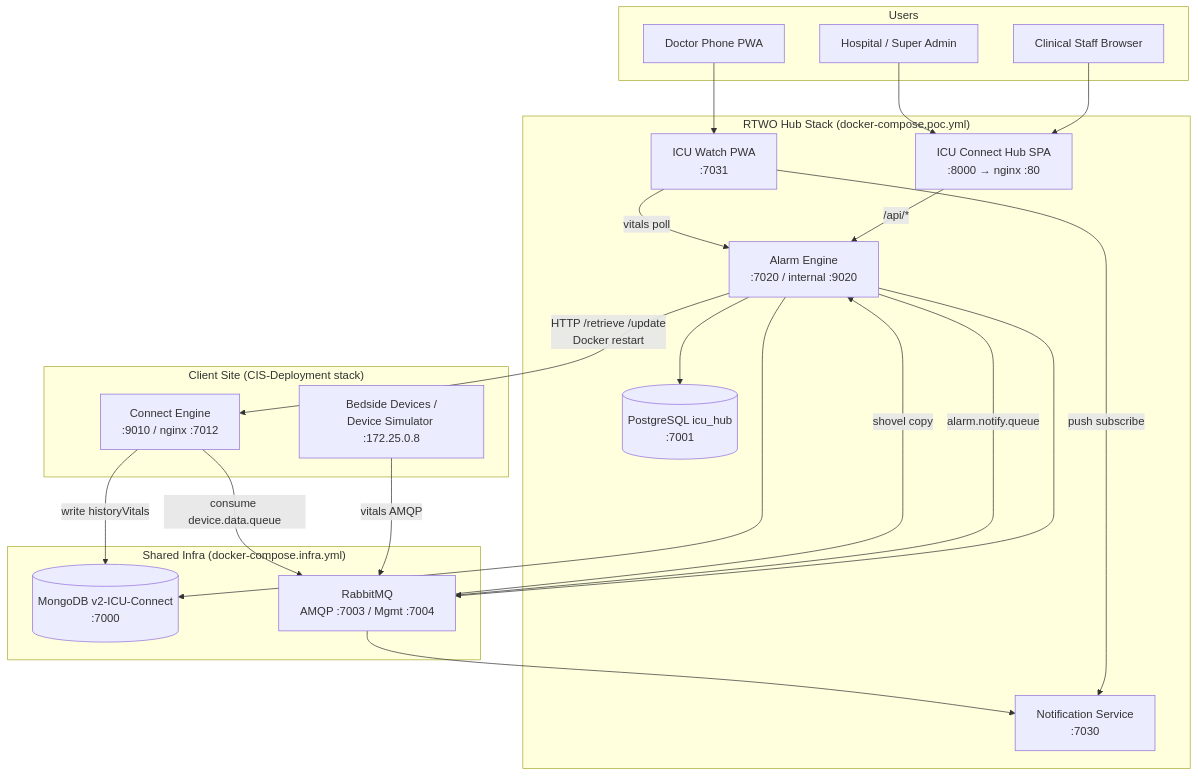
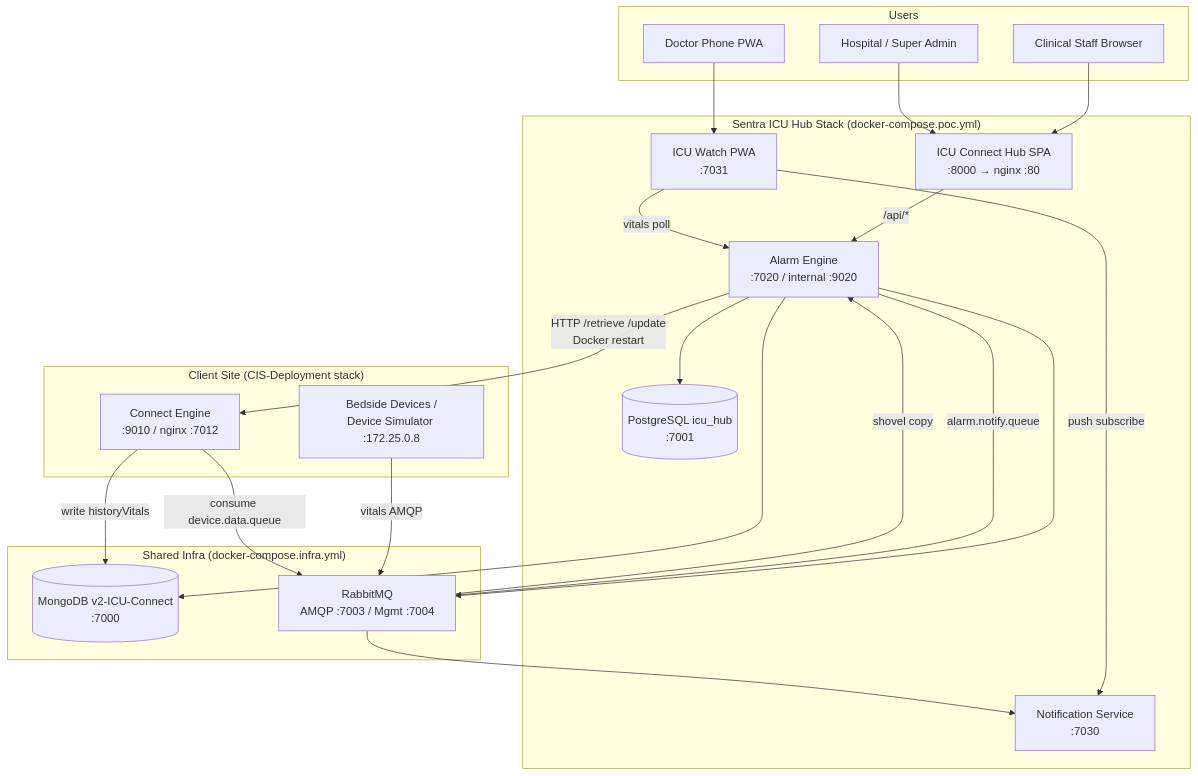
One commit to Amruthesh21/Sentra-ICU changed the first of 6 diagrams in CIS-Deployment/docs/ARCHITECTURE-HANDOVER.md. Above: the diagram before and after it, drawn with Mermaid. The commit also changed other lines of this file and 143 other files, not shown here.

````diff
--- a/CIS-Deployment/docs/ARCHITECTURE-HANDOVER.md
+++ b/CIS-Deployment/docs/ARCHITECTURE-HANDOVER.md
@@ -79,46 +79,46 @@
 ```mermaid
 flowchart TB
     subgraph Users
         CLIN[Clinical Staff Browser]
         ADMIN[Hospital / Super Admin]
         DOC[Doctor Phone PWA]
     end
 
-    subgraph RTWO_Hub["RTWO Hub Stack (docker-compose.poc.yml)"]
+    subgraph Sentra_Hub["Sentra ICU Hub Stack (docker-compose.poc.yml)"]
         HUB[ICU Connect Hub SPA<br/>:8000 → nginx :80]
         AE[Alarm Engine<br/>:7020 / internal :9020]
         PG[(PostgreSQL icu_hub<br/>:7001)]
         NS[Notification Service<br/>:7030]
         PWA[ICU Watch PWA<br/>:7031]
     end
 
     subgraph Shared_Infra["Shared Infra (docker-compose.infra.yml)"]
         MG[(MongoDB v2-ICU-Connect<br/>:7000)]
         RMQ[RabbitMQ<br/>AMQP :7003 / Mgmt :7004]
     end
 
     subgraph Client_Site["Client Site (CIS-Deployment stack)"]
         CE[Connect Engine<br/>:9010 / nginx :7012]
         DEV[Bedside Devices /<br/>Device Simulator :172.25.0.8]
     end
 
     CLIN --> HUB
     ADMIN --> HUB
     DOC --> PWA
 
     HUB -->|"/api/*"| AE
     PWA -->|vitals poll| AE
     PWA -->|push subscribe| NS
 
     AE --> PG
     AE --> MG
     AE --> RMQ
     AE -->|HTTP /retrieve /update<br/>Docker restart| CE
 
     DEV -->|vitals AMQP| RMQ
     CE -->|consume device.data.queue| RMQ
     CE -->|write historyVitals| MG
     RMQ -->|shovel copy| AE
     AE -->|alarm.notify.queue| RMQ
     RMQ --> NS
 ```
````
